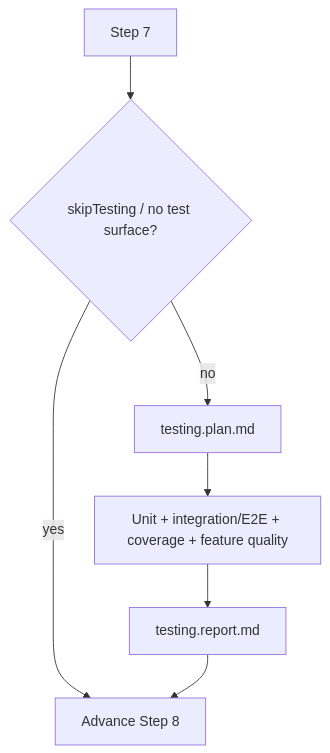
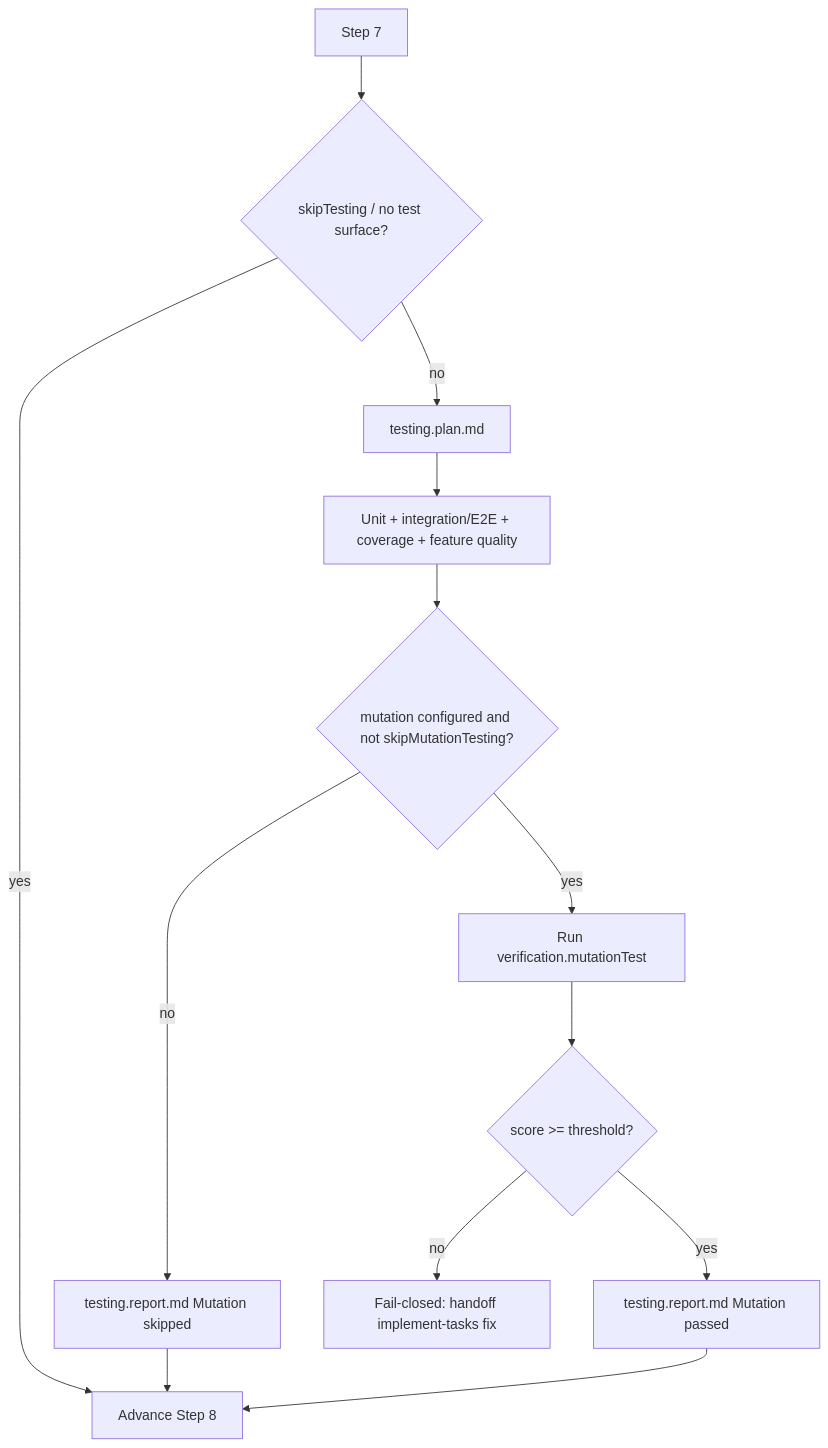
The fifth of 6 diagrams in .agents/skills/ws-spec-to-pr/DIAGRAM.md (jpolvora/workflow-skills), drawn with Mermaid before and after one commit. The commit also changed other lines of this file and 56 other files, not shown here.

First line of the commit message:
feat: add opt-in Step 7 mutation testing gate (v0.3.2)

````diff
--- a/.agents/skills/ws-spec-to-pr/DIAGRAM.md
+++ b/.agents/skills/ws-spec-to-pr/DIAGRAM.md
@@ -94,9 +94,15 @@
 ```mermaid
 flowchart TD
   Start[Step 7] --> Skip{skipTesting / no test surface?}
   Skip -->|yes| Ship[Advance Step 8]
   Skip -->|no| Plan[testing.plan.md]
   Plan --> Run[Unit + integration/E2E + coverage + feature quality]
-  Run --> Report[testing.report.md]
+  Run --> MutSkip{mutation configured and not skipMutationTesting?}
+  MutSkip -->|no| Report[testing.report.md Mutation skipped]
+  MutSkip -->|yes| Mut[Run verification.mutationTest]
+  Mut --> MutGate{score >= threshold?}
+  MutGate -->|yes| ReportPass[testing.report.md Mutation passed]
+  MutGate -->|no| Fail[Fail-closed: handoff implement-tasks fix]
   Report --> Ship
+  ReportPass --> Ship
 ```
````
